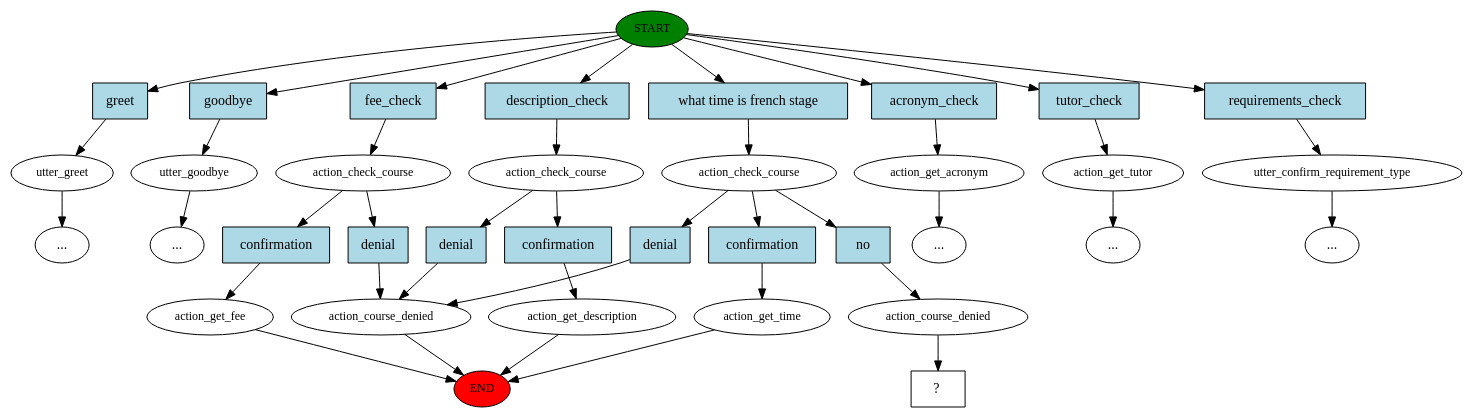
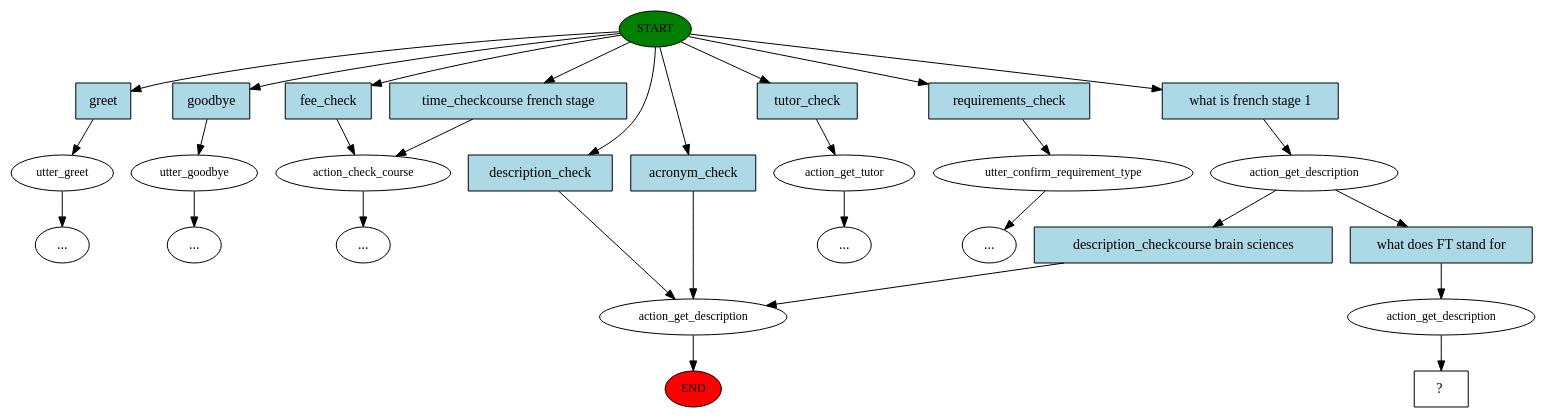
Before and after one commit to leonore/ugenie: the diagram in chat-service/model/story_graph.dot, drawn with Graphviz. The commit also changed 4 other files, not shown here.

```diff
--- a/chat-service/model/story_graph.dot
+++ b/chat-service/model/story_graph.dot
@@ -1,78 +1,58 @@
 digraph  {
 0 [class="start active", fillcolor=green, fontsize=12, label=START, style=filled];
 "-1" [class=end, fillcolor=red, fontsize=12, label=END, style=filled];
 1 [class="", fontsize=12, label=utter_greet];
 "-3" [class=ellipsis, label="..."];
 2 [class="", fontsize=12, label=utter_goodbye];
 "-4" [class=ellipsis, label="..."];
 3 [class="", fontsize=12, label=action_check_course];
-4 [class="", fontsize=12, label=action_get_fee];
-6 [class="", fontsize=12, label=action_course_denied];
-7 [class=active, fontsize=12, label=action_check_course];
-8 [class="", fontsize=12, label=action_get_time];
-11 [class="", fontsize=12, label=action_check_course];
-12 [class="", fontsize=12, label=action_get_description];
-15 [class="", fontsize=12, label=action_get_acronym];
-"-5" [class=ellipsis, label="..."];
-16 [class="", fontsize=12, label=action_get_tutor];
-"-6" [class=ellipsis, label="..."];
-17 [class="", fontsize=12, label=utter_confirm_requirement_type];
-"-7" [class=ellipsis, label="..."];
-21 [class=active, fontsize=12, label=action_course_denied];
-22 [class="intent dashed active", label="  ?  ", shape=rect];
-23 [class=intent, fillcolor=lightblue, label=greet, shape=rect, style=filled];
-24 [class=intent, fillcolor=lightblue, label=goodbye, shape=rect, style=filled];
-25 [class=intent, fillcolor=lightblue, label=fee_check, shape=rect, style=filled];
-26 [class="intent active", fillcolor=lightblue, label="what time is french stage", shape=rect, style=filled];
-27 [class=intent, fillcolor=lightblue, label=description_check, shape=rect, style=filled];
-28 [class=intent, fillcolor=lightblue, label=acronym_check, shape=rect, style=filled];
-29 [class=intent, fillcolor=lightblue, label=tutor_check, shape=rect, style=filled];
-30 [class=intent, fillcolor=lightblue, label=requirements_check, shape=rect, style=filled];
-31 [class=intent, fillcolor=lightblue, label=confirmation, shape=rect, style=filled];
-32 [class=intent, fillcolor=lightblue, label=denial, shape=rect, style=filled];
-33 [class=intent, fillcolor=lightblue, label=confirmation, shape=rect, style=filled];
-34 [class=intent, fillcolor=lightblue, label=denial, shape=rect, style=filled];
-35 [class="intent active", fillcolor=lightblue, label=no, shape=rect, style=filled];
-36 [class=intent, fillcolor=lightblue, label=confirmation, shape=rect, style=filled];
-37 [class=intent, fillcolor=lightblue, label=denial, shape=rect, style=filled];
+7 [class="", fontsize=12, label=action_get_description];
+9 [class="", fontsize=12, label=action_get_tutor];
+"-9" [class=ellipsis, label="..."];
+10 [class="", fontsize=12, label=utter_confirm_requirement_type];
+"-10" [class=ellipsis, label="..."];
+"-12" [class=ellipsis, label="..."];
+13 [class=active, fontsize=12, label=action_get_description];
+16 [class=active, fontsize=12, label=action_get_description];
+17 [class="intent dashed active", label="  ?  ", shape=rect];
+18 [class=intent, fillcolor=lightblue, label=greet, shape=rect, style=filled];
+19 [class=intent, fillcolor=lightblue, label=goodbye, shape=rect, style=filled];
+20 [class=intent, fillcolor=lightblue, label=fee_check, shape=rect, style=filled];
+21 [class=intent, fillcolor=lightblue, label="time_checkcourse french stage", shape=rect, style=filled];
+22 [class=intent, fillcolor=lightblue, label=description_check, shape=rect, style=filled];
+23 [class=intent, fillcolor=lightblue, label=acronym_check, shape=rect, style=filled];
+24 [class=intent, fillcolor=lightblue, label=tutor_check, shape=rect, style=filled];
+25 [class=intent, fillcolor=lightblue, label=requirements_check, shape=rect, style=filled];
+26 [class="intent active", fillcolor=lightblue, label="what is french stage 1", shape=rect, style=filled];
+27 [class=intent, fillcolor=lightblue, label="description_checkcourse brain sciences", shape=rect, style=filled];
+28 [class="intent active", fillcolor=lightblue, label="what does FT stand for", shape=rect, style=filled];
+0 -> 18  [class="", key=0];
+0 -> 19  [class="", key=0];
+0 -> 20  [class="", key=0];
+0 -> 21  [class="", key=0];
+0 -> 22  [class="", key=0];
 0 -> 23  [class="", key=0];
 0 -> 24  [class="", key=0];
 0 -> 25  [class="", key=0];
 0 -> 26  [class=active, key=0];
-0 -> 27  [class="", key=0];
-0 -> 28  [class="", key=0];
-0 -> 29  [class="", key=0];
-0 -> 30  [class="", key=0];
 1 -> "-3"  [class="", key=NONE, label=""];
 2 -> "-4"  [class="", key=NONE, label=""];
-3 -> 31  [class="", key=0];
-3 -> 32  [class="", key=0];
-4 -> "-1"  [class="", key=NONE, label=""];
-6 -> "-1"  [class="", key=NONE, label=""];
-7 -> 33  [class="", key=0];
-7 -> 34  [class="", key=0];
-7 -> 35  [class=active, key=0];
-8 -> "-1"  [class="", key=NONE, label=""];
-11 -> 36  [class="", key=0];
-11 -> 37  [class="", key=0];
-12 -> "-1"  [class="", key=NONE, label=""];
-15 -> "-5"  [class="", key=NONE, label=""];
-16 -> "-6"  [class="", key=NONE, label=""];
-17 -> "-7"  [class="", key=NONE, label=""];
-21 -> 22  [class=active, key=NONE, label=""];
-23 -> 1  [class="", key=0];
-24 -> 2  [class="", key=0];
-25 -> 3  [class="", key=0];
-26 -> 7  [class=active, key=0];
-27 -> 11  [class="", key=0];
-28 -> 15  [class="", key=0];
-29 -> 16  [class="", key=0];
-30 -> 17  [class="", key=0];
-31 -> 4  [class="", key=0];
-32 -> 6  [class="", key=0];
-33 -> 8  [class="", key=0];
-34 -> 6  [class="", key=0];
-35 -> 21  [class=active, key=0];
-36 -> 12  [class="", key=0];
-37 -> 6  [class="", key=0];
+3 -> "-12"  [class="", key=NONE, label=""];
+7 -> "-1"  [class="", key=NONE, label=""];
+9 -> "-9"  [class="", key=NONE, label=""];
+10 -> "-10"  [class="", key=NONE, label=""];
+13 -> 27  [class="", key=0];
+13 -> 28  [class=active, key=0];
+16 -> 17  [class=active, key=NONE, label=""];
+18 -> 1  [class="", key=0];
+19 -> 2  [class="", key=0];
+20 -> 3  [class="", key=0];
+21 -> 3  [class="", key=0];
+22 -> 7  [class="", key=0];
+23 -> 7  [class="", key=0];
+24 -> 9  [class="", key=0];
+25 -> 10  [class="", key=0];
+26 -> 13  [class=active, key=0];
+27 -> 7  [class="", key=0];
+28 -> 16  [class=active, key=0];
 }
```
